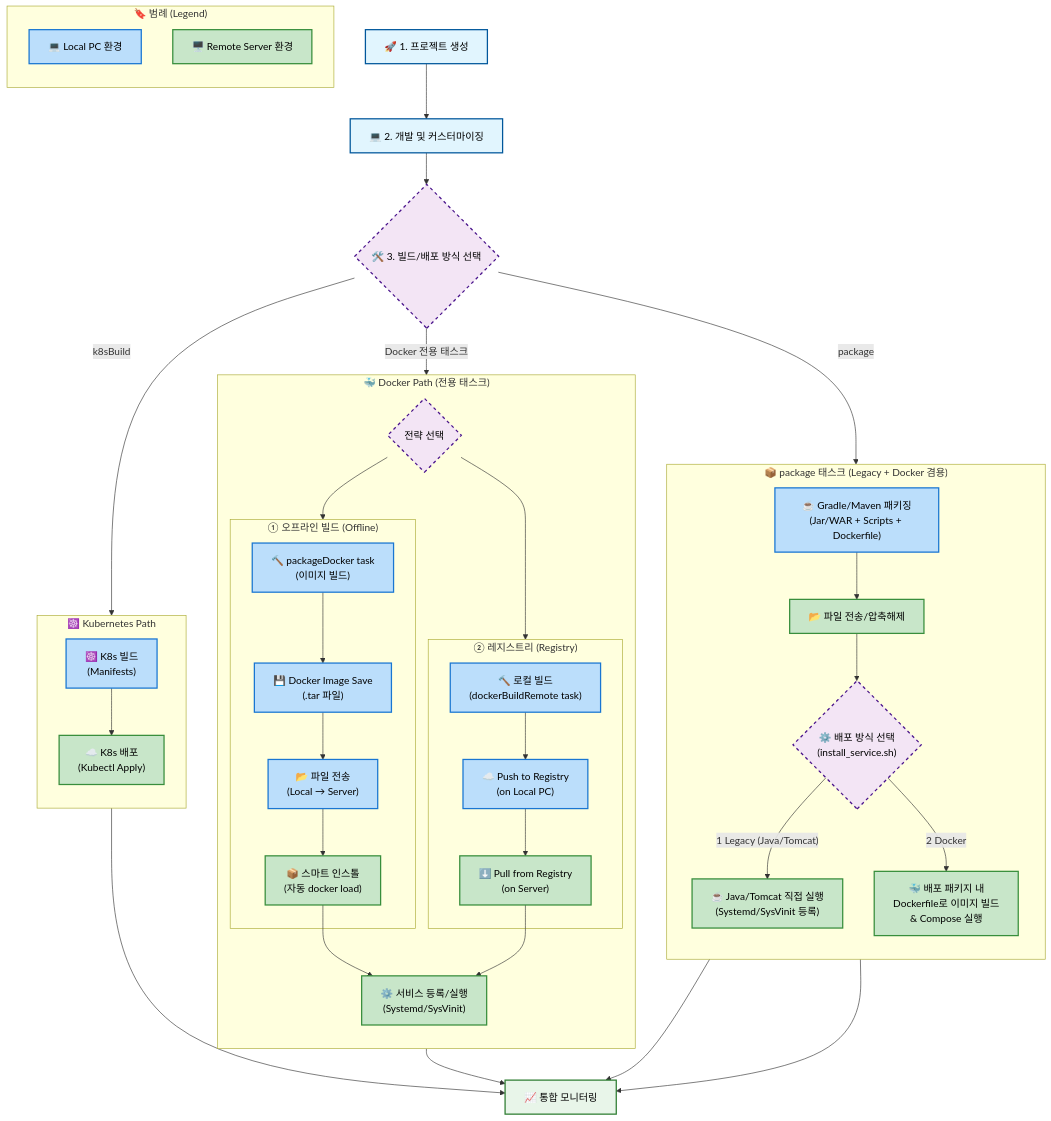
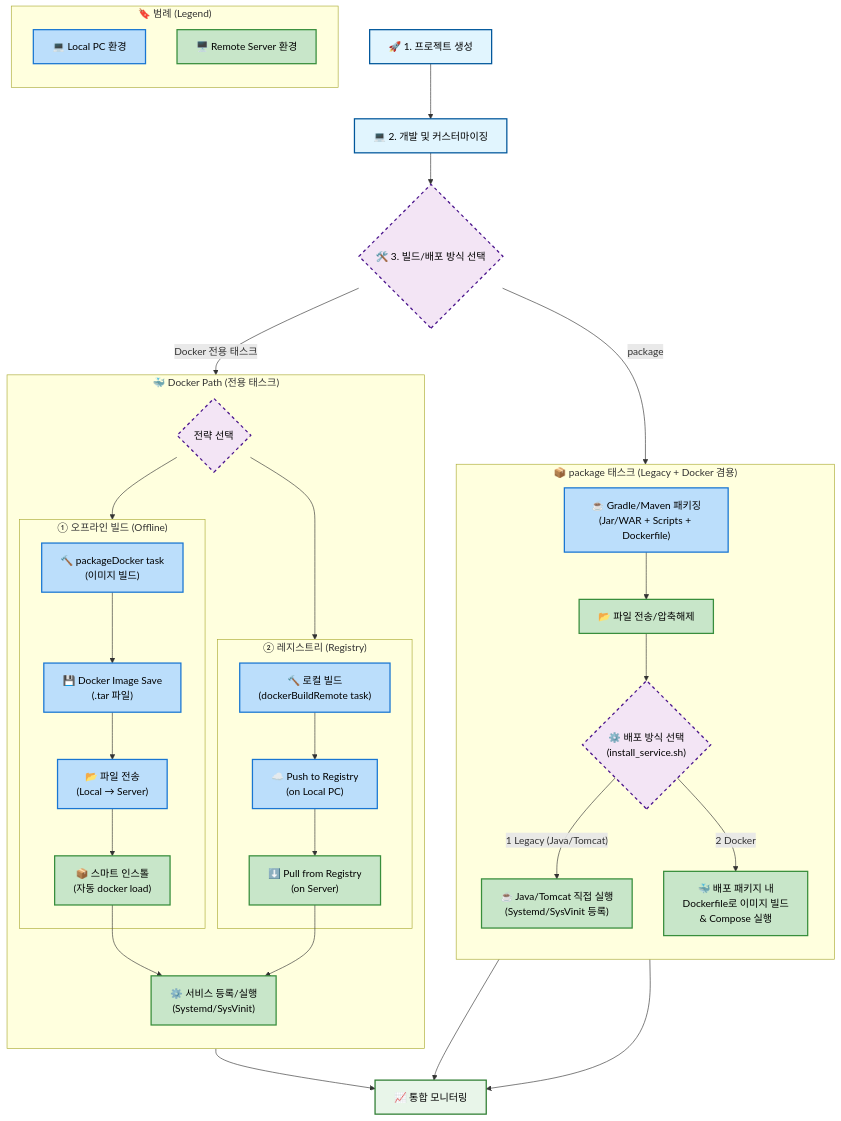
The first of 4 diagrams in DEVELOPER_GUIDE.md (MJ-Youn/build-template), drawn with Mermaid before and after one commit. The commit also changed other lines of this file and 5 other files, not shown here.

````diff
--- a/DEVELOPER_GUIDE.md
+++ b/DEVELOPER_GUIDE.md
@@ -336,22 +336,13 @@
         D2_Pull --> DockerService
     end
 
-    %% 서브그래프: K8s
-    subgraph K8s ["☸️ Kubernetes Path"]
-        direction TB
-        K8sBuild["☸️ K8s 빌드<br/>(Manifests)"]
-        K8sBuild --> K8sDeploy["☁️ K8s 배포<br/>(Kubectl Apply)"]
-    end
-
     %% 메인 연결
     BuildSelect -->|"package"| LegacyBuild
     BuildSelect -->|"Docker 전용 태스크"| DockerDecide
-    BuildSelect -->|"k8sBuild"| K8sBuild
 
     LegacyRun --> Monitor["📈 통합 모니터링"]
     PkgDocker --> Monitor
     DockerService --> Monitor
-    K8sDeploy --> Monitor
 
     %% 범례
     subgraph Legend ["🔖 범례 (Legend)"]
@@ -366,7 +357,6 @@
     classDef decision fill:#F3E5F5,stroke:#4A148C,stroke-width:2px,color:#000,stroke-dasharray: 5 5;
     classDef legacy fill:#FFEBEE,stroke:#B71C1C,stroke-width:2px,color:#000;
     classDef docker fill:#E3F2FD,stroke:#0D47A1,stroke-width:2px,color:#000;
-    classDef k8s fill:#E8EAF6,stroke:#1A237E,stroke-width:2px,color:#000;
     classDef endNode fill:#E8F5E9,stroke:#2E7D32,stroke-width:2px,color:#000;
 
     %% 환경별 (Local, Remote) Style
@@ -378,7 +368,7 @@
     class Monitor endNode;
 
     %% Nodes & Legend Styling (Local vs Remote)
-    class LegacyBuild,K8sBuild,D1_Build,D1_Save,D1_Trans,D2_Build,D2_Push,L1 local_env;
-    class LegacyTrans,LegacyRun,PkgDocker,K8sDeploy,D1_Load,D2_Pull,DockerService,L2 remote_env;
+    class LegacyBuild,D1_Build,D1_Save,D1_Trans,D2_Build,D2_Push,L1 local_env;
+    class LegacyTrans,LegacyRun,PkgDocker,D1_Load,D2_Pull,DockerService,L2 remote_env;
     class AS1,AS2,AS3 remote_env;
 ```
````
